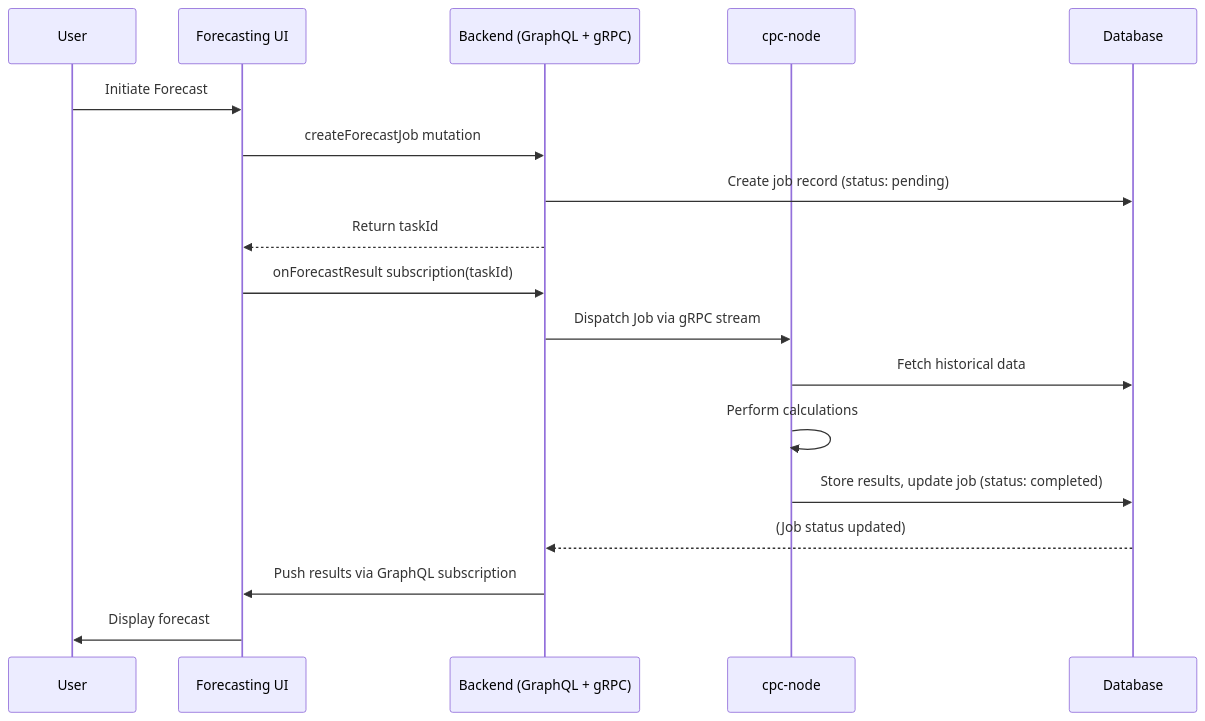
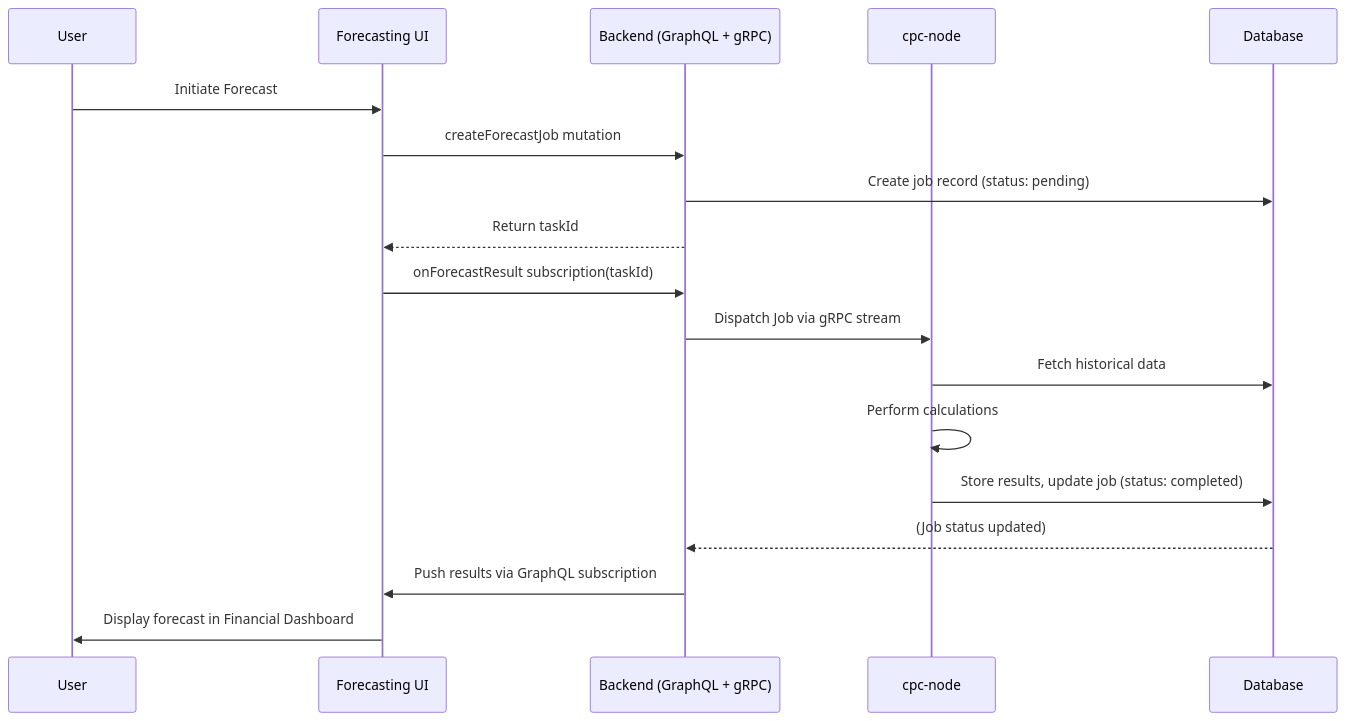
One commit to humancuration/cpc changed the first of 5 diagrams in apps/cpc-platform/docs/workflows/financial-forecasting-workflow.md. Above: the diagram before and after it, drawn with Mermaid. The commit also changed 24 other files, not shown here.

First line of the commit message:
feat: Implement Supplier Performance Report component with data fetching and charting

````diff
--- a/apps/cpc-platform/docs/workflows/financial-forecasting-workflow.md
+++ b/apps/cpc-platform/docs/workflows/financial-forecasting-workflow.md
@@ -4,24 +4,24 @@
 ```mermaid
 sequenceDiagram
     participant User
     participant UI as Forecasting UI
     participant Backend as Backend (GraphQL + gRPC)
     participant Worker as cpc-node
     participant Database
 
     User->>UI: Initiate Forecast
     UI->>Backend: createForecastJob mutation
     Backend->>Database: Create job record (status: pending)
     Backend-->>UI: Return taskId
     
     UI->>Backend: onForecastResult subscription(taskId)
 
     Backend->>Worker: Dispatch Job via gRPC stream
     Worker->>Database: Fetch historical data
     Worker->>Worker: Perform calculations
     Worker->>Database: Store results, update job (status: completed)
     
     Database-->>Backend: (Job status updated)
     Backend->>UI: Push results via GraphQL subscription
-    UI->>User: Display forecast
+    UI->>User: Display forecast in Financial Dashboard
 ```
````
